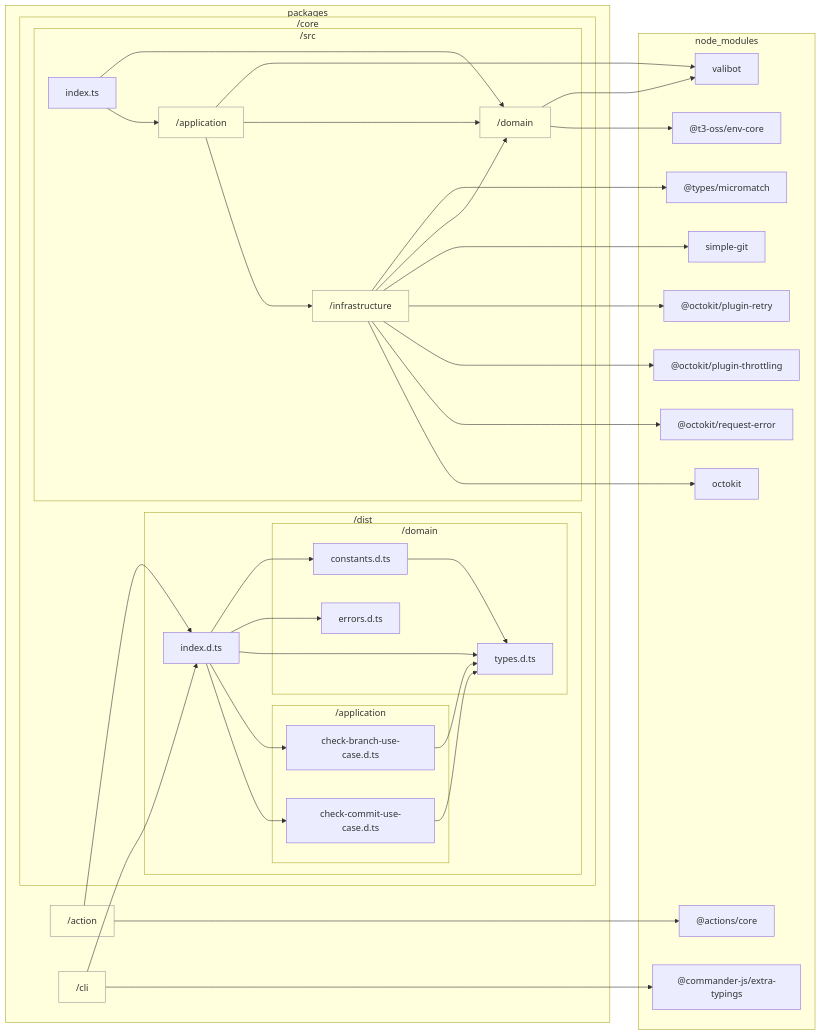
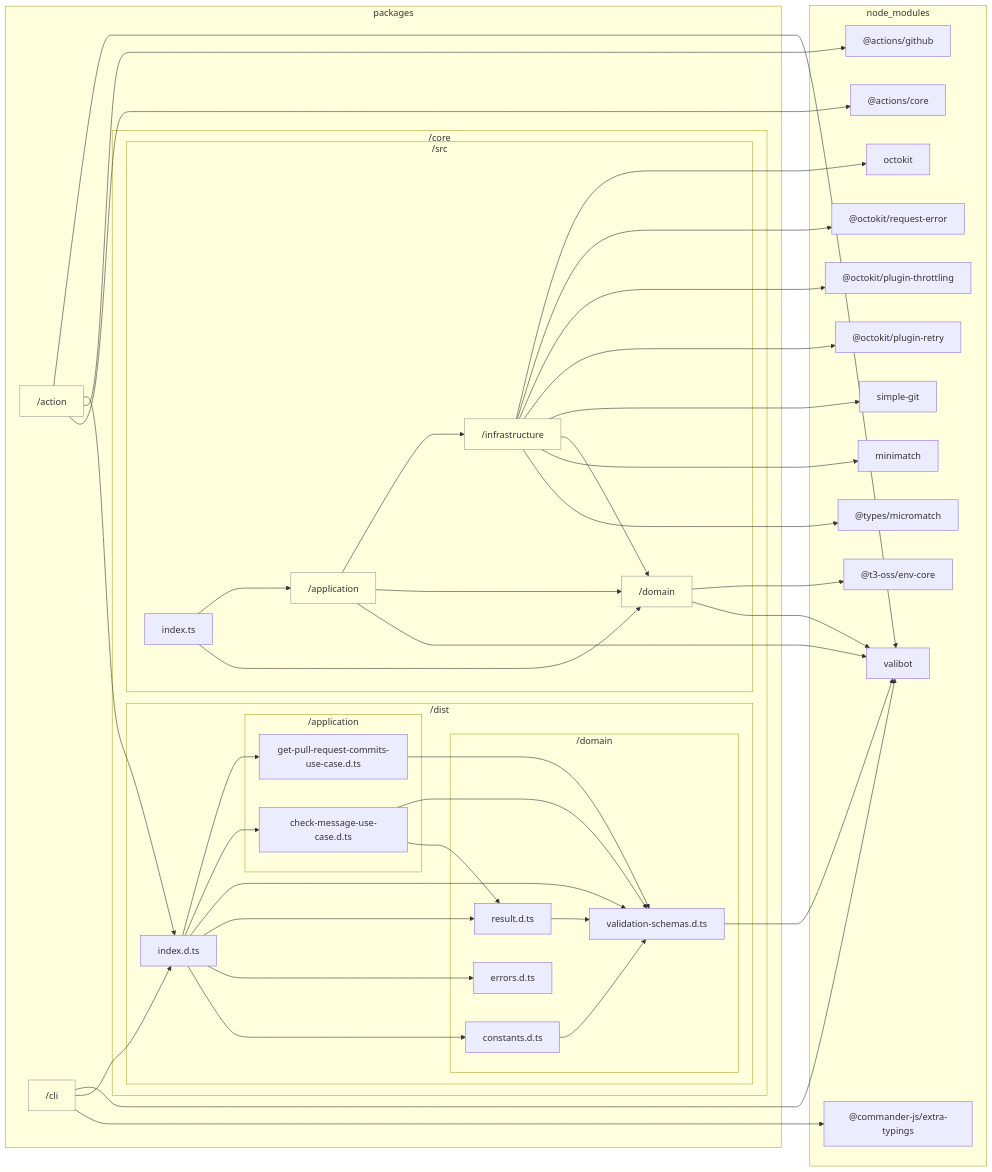
Before and after one commit to sugurutakahashi-1234/issue-linker: the diagram in docs/reports/dependencies/core-architecture.md, drawn with Mermaid. The commit also changed 59 other files, not shown here.

````diff
--- a/docs/reports/dependencies/core-architecture.md
+++ b/docs/reports/dependencies/core-architecture.md
@@ -7,66 +7,77 @@
 ```mermaid
 flowchart LR
     classDef dir fill:#0000,stroke:#999
     subgraph packages["packages"]
         packages/action["/action"]:::dir
         packages/cli["/cli"]:::dir
         subgraph packages/core["/core"]
             subgraph packages/core/dist["/dist"]
                 packages/core/dist/index.d.ts["index.d.ts"]
                 subgraph packages/core/dist/domain["/domain"]
-                    packages/core/dist/domain/types.d.ts["types.d.ts"]
+                    packages/core/dist/domain/validation//schemas.d.ts["validation-schemas.d.ts"]
                     packages/core/dist/domain/constants.d.ts["constants.d.ts"]
                     packages/core/dist/domain/errors.d.ts["errors.d.ts"]
+                    packages/core/dist/domain/result.d.ts["result.d.ts"]
                 end
                 subgraph packages/core/dist/application["/application"]
-                    packages/core/dist/application/check//branch//use//case.d.ts["check-branch-use-case.d.ts"]
-                    packages/core/dist/application/check//commit//use//case.d.ts["check-commit-use-case.d.ts"]
+                    packages/core/dist/application/check//message//use//case.d.ts["check-message-use-case.d.ts"]
+                    packages/core/dist/application/get//pull//request//commits//use//case.d.ts["get-pull-request-commits-use-case.d.ts"]
                 end
             end
             subgraph packages/core/src["/src"]
                 packages/core/src/domain["/domain"]:::dir
                 packages/core/src/infrastructure["/infrastructure"]:::dir
                 packages/core/src/application["/application"]:::dir
                 packages/core/src/index.ts["index.ts"]
             end
         end
     end
     subgraph node//modules["node_modules"]
+        node//modules/valibot/dist/index.d.cts["valibot"]
         node//modules///actions/core/lib/core.d.ts["@actions/core"]
+        node//modules///actions/github/lib/github.d.ts["@actions/github"]
         node//modules///commander//js/extra//typings/index.d.ts["@commander-js/extra-typings"]
-        node//modules/valibot/dist/index.d.cts["valibot"]
         node//modules///types/micromatch/index.d.ts["@types/micromatch"]
+        node//modules/minimatch/dist/commonjs/index.d.ts["minimatch"]
         node//modules///t3//oss/env//core/dist/index.d.ts["@t3-oss/env-core"]
         node//modules/simple//git/dist/typings/index.d.ts["simple-git"]
         node//modules///octokit/plugin//retry/dist//types/index.d.ts["@octokit/plugin-retry"]
         node//modules///octokit/plugin//throttling/dist//types/index.d.ts["@octokit/plugin-throttling"]
         node//modules///octokit/request//error/dist//types/index.d.ts["@octokit/request-error"]
         node//modules/octokit/dist//types/index.d.ts["octokit"]
     end
-    packages/core/dist/domain/constants.d.ts-->packages/core/dist/domain/types.d.ts
-    packages/core/dist/application/check//branch//use//case.d.ts-->packages/core/dist/domain/types.d.ts
-    packages/core/dist/application/check//commit//use//case.d.ts-->packages/core/dist/domain/types.d.ts
+    packages/core/dist/domain/validation//schemas.d.ts-->node//modules/valibot/dist/index.d.cts
+    packages/core/dist/domain/constants.d.ts-->packages/core/dist/domain/validation//schemas.d.ts
+    packages/core/dist/domain/result.d.ts-->packages/core/dist/domain/validation//schemas.d.ts
+    packages/core/dist/application/check//message//use//case.d.ts-->packages/core/dist/domain/result.d.ts
+    packages/core/dist/application/check//message//use//case.d.ts-->packages/core/dist/domain/validation//schemas.d.ts
+    packages/core/dist/application/get//pull//request//commits//use//case.d.ts-->packages/core/dist/domain/validation//schemas.d.ts
     packages/core/dist/index.d.ts-->packages/core/dist/domain/constants.d.ts
     packages/core/dist/index.d.ts-->packages/core/dist/domain/errors.d.ts
-    packages/core/dist/index.d.ts-->packages/core/dist/domain/types.d.ts
-    packages/core/dist/index.d.ts-->packages/core/dist/application/check//branch//use//case.d.ts
-    packages/core/dist/index.d.ts-->packages/core/dist/application/check//commit//use//case.d.ts
+    packages/core/dist/index.d.ts-->packages/core/dist/domain/result.d.ts
+    packages/core/dist/index.d.ts-->packages/core/dist/domain/validation//schemas.d.ts
+    packages/core/dist/index.d.ts-->packages/core/dist/application/check//message//use//case.d.ts
+    packages/core/dist/index.d.ts-->packages/core/dist/application/get//pull//request//commits//use//case.d.ts
     packages/action-->node//modules///actions/core/lib/core.d.ts
+    packages/action-->node//modules///actions/github/lib/github.d.ts
     packages/action-->packages/core/dist/index.d.ts
+    packages/action-->node//modules/valibot/dist/index.d.cts
     packages/cli-->node//modules///commander//js/extra//typings/index.d.ts
     packages/cli-->packages/core/dist/index.d.ts
+    packages/cli-->node//modules/valibot/dist/index.d.cts
     packages/core/src/domain-->node//modules/valibot/dist/index.d.cts
     packages/core/src/infrastructure-->node//modules///types/micromatch/index.d.ts
+    packages/core/src/infrastructure-->node//modules/minimatch/dist/commonjs/index.d.ts
     packages/core/src/infrastructure-->packages/core/src/domain
     packages/core/src/domain-->node//modules///t3//oss/env//core/dist/index.d.ts
     packages/core/src/infrastructure-->node//modules/simple//git/dist/typings/index.d.ts
     packages/core/src/infrastructure-->node//modules///octokit/plugin//retry/dist//types/index.d.ts
     packages/core/src/infrastructure-->node//modules///octokit/plugin//throttling/dist//types/index.d.ts
     packages/core/src/infrastructure-->node//modules///octokit/request//error/dist//types/index.d.ts
     packages/core/src/infrastructure-->node//modules/octokit/dist//types/index.d.ts
     packages/core/src/application-->node//modules/valibot/dist/index.d.cts
     packages/core/src/application-->packages/core/src/domain
     packages/core/src/application-->packages/core/src/infrastructure
     packages/core/src/index.ts-->packages/core/src/domain
     packages/core/src/index.ts-->packages/core/src/application
 ```
````
